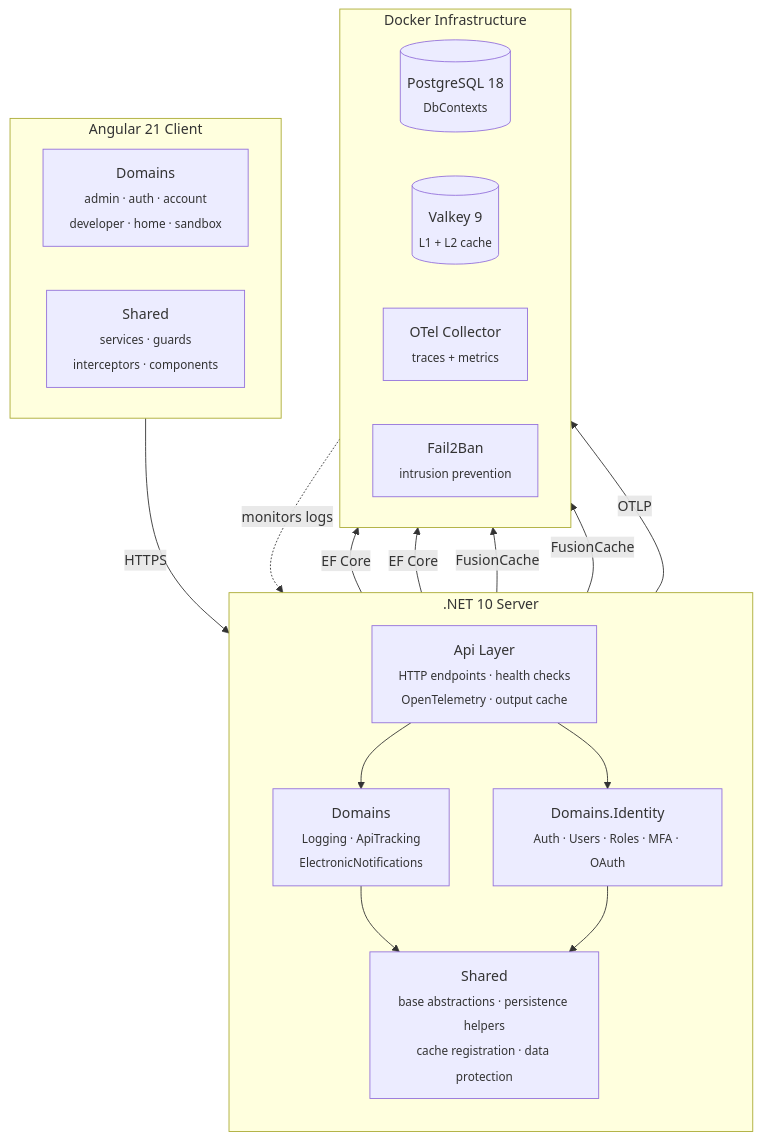
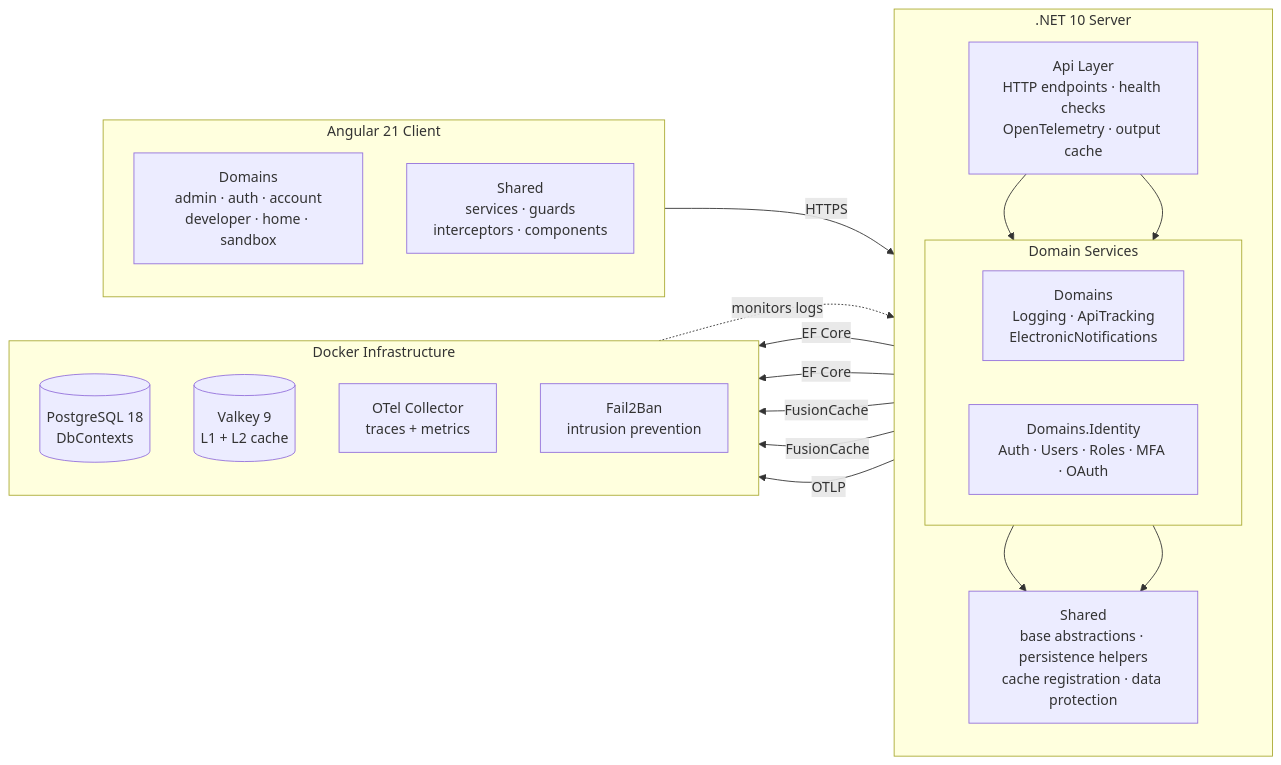
Before and after one commit to actionjacksonthegoat-debug/SeventySix: the first of 2 diagrams in README.md, drawn with Mermaid. The commit also changed other lines of this file, not shown here.

````diff
--- a/README.md
+++ b/README.md
@@ -212,36 +212,39 @@
 ```mermaid
-graph TB
+flowchart LR
     subgraph Client["Angular 21 Client"]
-        direction LR
-        AppDomains["Domains<br/><sub>admin · auth · account<br/>developer · home · sandbox</sub>"]
-        AppShared["Shared<br/><sub>services · guards<br/>interceptors · components</sub>"]
+        direction TB
+        AppDomains["Domains<br/>admin · auth · account<br/>developer · home · sandbox"]
+        AppShared["Shared<br/>services · guards<br/>interceptors · components"]
     end
 
     subgraph Server[".NET 10 Server"]
         direction TB
-        Api["Api Layer<br/><sub>HTTP endpoints · health checks<br/>OpenTelemetry · output cache</sub>"]
-        DomainLayer["Domains<br/><sub>Logging · ApiTracking<br/>ElectronicNotifications</sub>"]
-        Identity["Domains.Identity<br/><sub>Auth · Users · Roles · MFA · OAuth</sub>"]
-        SharedServer["Shared<br/><sub>base abstractions · persistence helpers<br/>cache registration · data protection</sub>"]
+        Api["Api Layer<br/>HTTP endpoints · health checks<br/>OpenTelemetry · output cache"]
+        subgraph DomainGroup["Domain Services"]
+            direction LR
+            DomainLayer["Domains<br/>Logging · ApiTracking<br/>ElectronicNotifications"]
+            Identity["Domains.Identity<br/>Auth · Users · Roles · MFA · OAuth"]
+        end
+        SharedServer["Shared<br/>base abstractions · persistence helpers<br/>cache registration · data protection"]
+        Api --> DomainLayer
+        Api --> Identity
+        DomainLayer --> SharedServer
+        Identity --> SharedServer
     end
 
     subgraph Infra["Docker Infrastructure"]
-        direction LR
-        PG[("PostgreSQL 18<br/><sub>DbContexts</sub>")]
-        VK[("Valkey 9<br/><sub>L1 + L2 cache</sub>")]
-        OT["OTel Collector<br/><sub>traces + metrics</sub>"]
-        F2B["Fail2Ban<br/><sub>intrusion prevention</sub>"]
+        direction TB
+        PG[("PostgreSQL 18<br/>DbContexts")]
+        VK[("Valkey 9<br/>L1 + L2 cache")]
+        OT["OTel Collector<br/>traces + metrics"]
+        F2B["Fail2Ban<br/>intrusion prevention"]
     end
 
-    Client -- "HTTPS" --> Api
-    Api --> DomainLayer
-    Api --> Identity
-    DomainLayer --> SharedServer
-    Identity --> SharedServer
-    DomainLayer -- "EF Core" --> PG
-    Identity -- "EF Core" --> PG
-    DomainLayer -- "FusionCache" --> VK
-    Identity -- "FusionCache" --> VK
-    Api -- "OTLP" --> OT
-    F2B -. "monitors logs" .-> Api
+    Client -->|HTTPS| Api
+    DomainLayer -->|EF Core| PG
+    Identity -->|EF Core| PG
+    DomainLayer -->|FusionCache| VK
+    Identity -->|FusionCache| VK
+    Api -->|OTLP| OT
+    F2B -.->|monitors logs| Api
 ```
````
